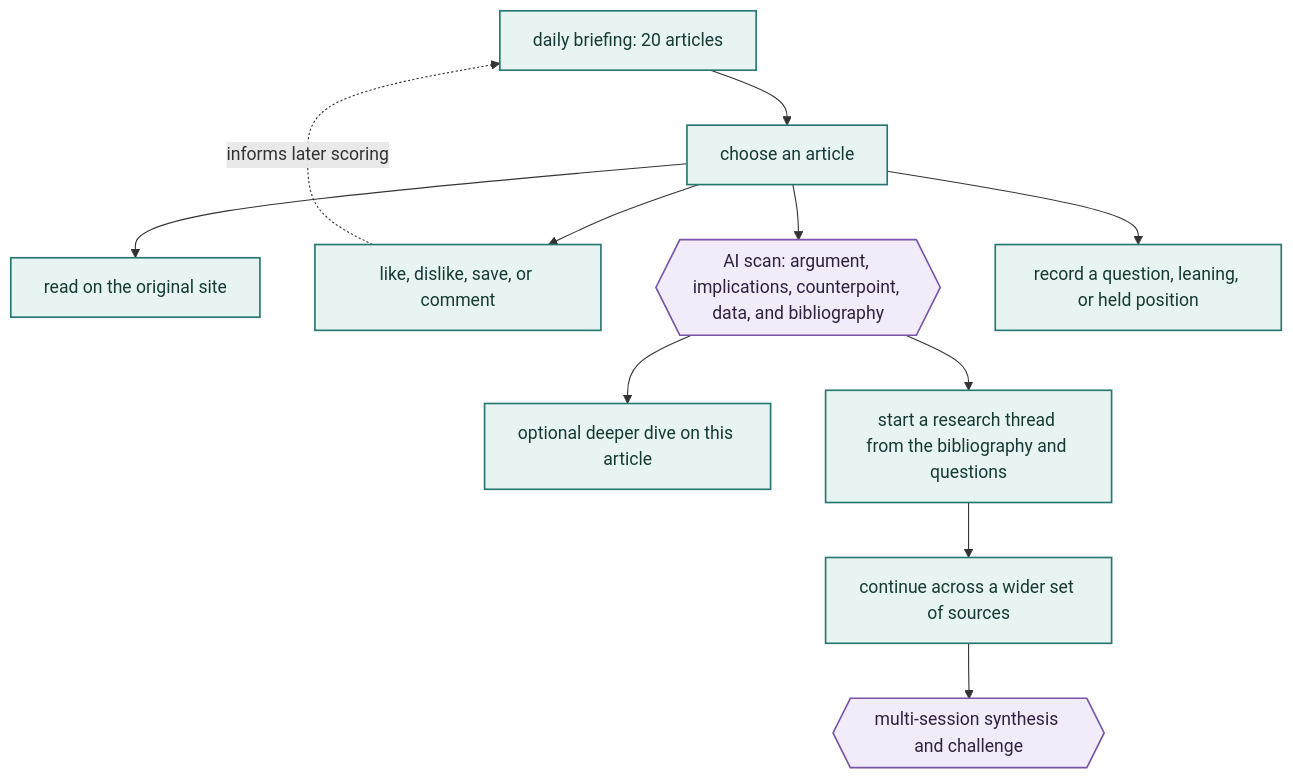
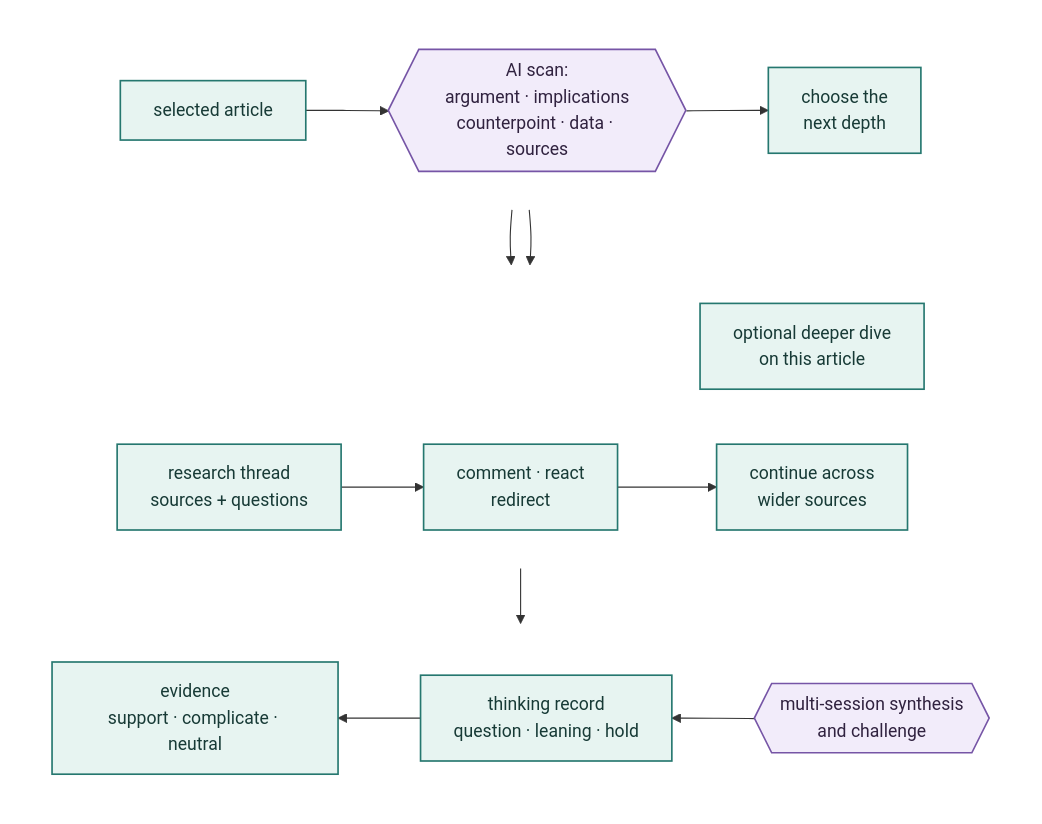
The third of 5 diagrams in README.md (robertvanstedum/personal-ai-agents), drawn with Mermaid before and after one commit. The commit also changed other lines of this file and 14 other files, not shown here.

````diff
--- a/README.md
+++ b/README.md
@@ -82,18 +108,33 @@
 ```mermaid
-flowchart TD
-    A["daily briefing: 20 articles"] --> B[choose an article]
-    B --> C[read on the original site]
-    B --> R[like, dislike, save, or comment]
-    R -. informs later scoring .-> A
-    B --> S{{"AI scan: argument, implications, counterpoint, data, and bibliography"}}
-    S --> D[optional deeper dive on this article]
-    S --> T[start a research thread from the bibliography and questions]
-    T --> TS[continue across a wider set of sources]
-    TS --> DD{{multi-session synthesis and challenge}}
-    B --> LN[record a question, leaning, or held position]
+flowchart TB
+    subgraph TOP[" "]
+        direction LR
+        A[selected article] --> S{{AI scan:<br/>argument · implications<br/>counterpoint · data · sources}}
+        S --> N[choose the<br/>next depth]
+    end
+
+    subgraph PATHS[" "]
+        direction LR
+        O[optional deeper dive<br/>on this article]
+        T[research thread<br/>sources + questions] --> R[comment · react<br/>redirect]
+        R --> W[continue across<br/>wider sources]
+    end
+
+    subgraph RECORD[" "]
+        direction RL
+        DD{{multi-session synthesis<br/>and challenge}} --> L[thinking record<br/>question · leaning · hold]
+        L --> E[evidence<br/>support · complicate · neutral]
+    end
+
+    N --> O
+    N --> T
+    W --> DD
 
     classDef curator fill:#E7F4F1,stroke:#25776F,color:#173A36,stroke-width:1.5px
     classDef ai fill:#F2ECFA,stroke:#7655A6,color:#30223F,stroke-width:1.5px
-    class A,B,C,R,D,T,TS,LN curator
+    class A,N,O,T,R,W,L,E curator
     class S,DD ai
+    style TOP fill:transparent,stroke:transparent
+    style PATHS fill:transparent,stroke:transparent
+    style RECORD fill:transparent,stroke:transparent
 ```
````
